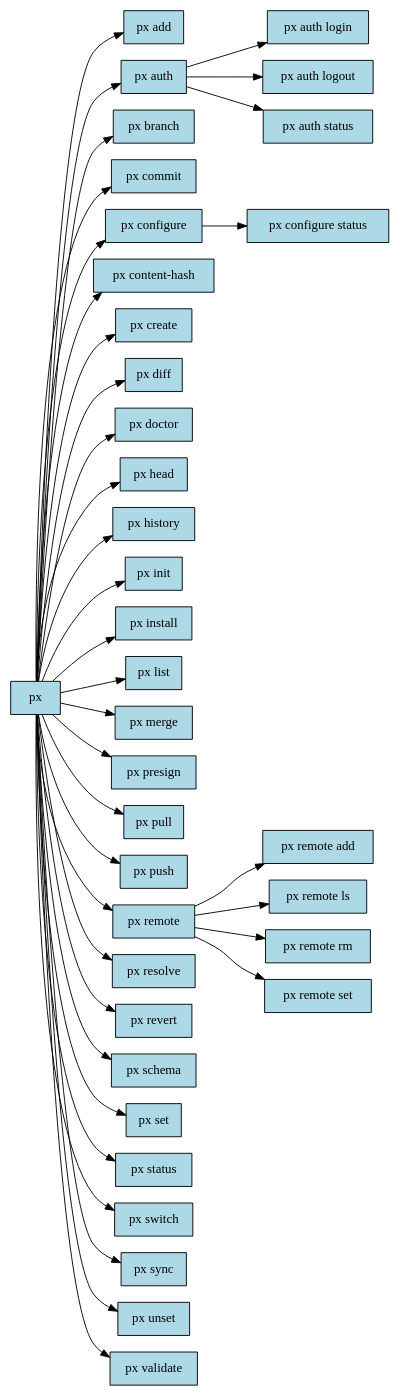
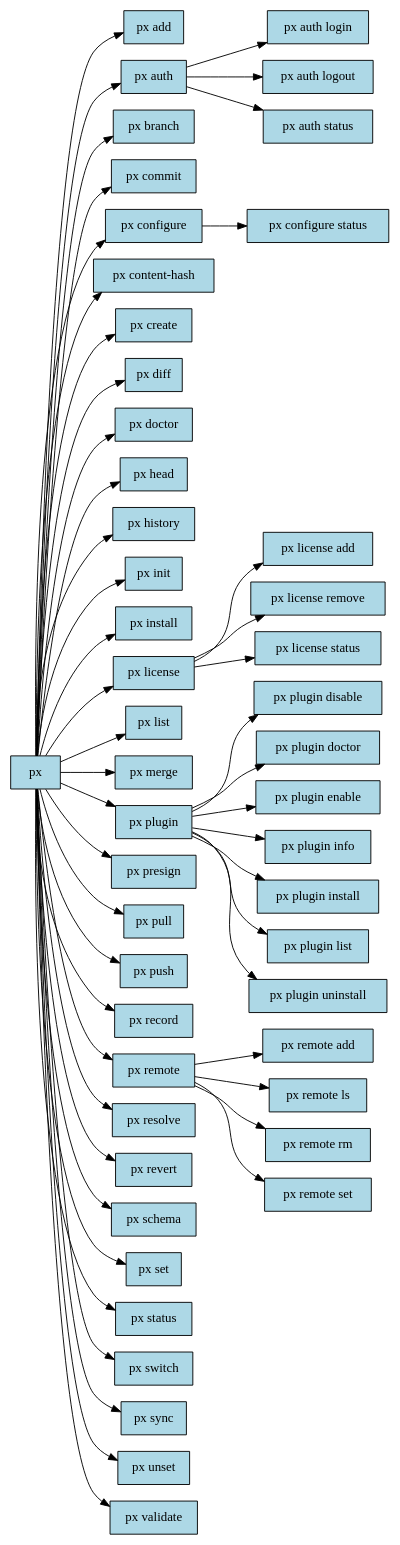
One commit to portalshq/px changed the diagram in docs/generated/commands.dot. Above: the diagram before and after it, drawn with Graphviz. The commit also changed 122 other files, not shown here.

```diff
--- a/docs/generated/commands.dot
+++ b/docs/generated/commands.dot
@@ -1,77 +1,103 @@
 digraph px_commands {
     rankdir=LR;
     node [shape=box, style=filled, fillcolor=lightblue];
     
     "add" [label="px add"];
     "px" -> "add";
     "auth" [label="px auth"];
     "px" -> "auth";
     "auth_login" [label="px auth login"];
     "auth" -> "auth_login";
     "auth_logout" [label="px auth logout"];
     "auth" -> "auth_logout";
     "auth_status" [label="px auth status"];
     "auth" -> "auth_status";
     "branch" [label="px branch"];
     "px" -> "branch";
     "commit" [label="px commit"];
     "px" -> "commit";
     "configure" [label="px configure"];
     "px" -> "configure";
     "configure_status" [label="px configure status"];
     "configure" -> "configure_status";
     "content-hash" [label="px content-hash"];
     "px" -> "content-hash";
     "create" [label="px create"];
     "px" -> "create";
     "diff" [label="px diff"];
     "px" -> "diff";
     "doctor" [label="px doctor"];
     "px" -> "doctor";
     "head" [label="px head"];
     "px" -> "head";
     "history" [label="px history"];
     "px" -> "history";
     "init" [label="px init"];
     "px" -> "init";
     "install" [label="px install"];
     "px" -> "install";
+    "license" [label="px license"];
+    "px" -> "license";
+    "license_add" [label="px license add"];
+    "license" -> "license_add";
+    "license_remove" [label="px license remove"];
+    "license" -> "license_remove";
+    "license_status" [label="px license status"];
+    "license" -> "license_status";
     "list" [label="px list"];
     "px" -> "list";
     "merge" [label="px merge"];
     "px" -> "merge";
+    "plugin" [label="px plugin"];
+    "px" -> "plugin";
+    "plugin_disable" [label="px plugin disable"];
+    "plugin" -> "plugin_disable";
+    "plugin_doctor" [label="px plugin doctor"];
+    "plugin" -> "plugin_doctor";
+    "plugin_enable" [label="px plugin enable"];
+    "plugin" -> "plugin_enable";
+    "plugin_info" [label="px plugin info"];
+    "plugin" -> "plugin_info";
+    "plugin_install" [label="px plugin install"];
+    "plugin" -> "plugin_install";
+    "plugin_list" [label="px plugin list"];
+    "plugin" -> "plugin_list";
+    "plugin_uninstall" [label="px plugin uninstall"];
+    "plugin" -> "plugin_uninstall";
     "presign" [label="px presign"];
     "px" -> "presign";
     "pull" [label="px pull"];
     "px" -> "pull";
     "push" [label="px push"];
     "px" -> "push";
+    "record" [label="px record"];
+    "px" -> "record";
     "remote" [label="px remote"];
     "px" -> "remote";
     "remote_add" [label="px remote add"];
     "remote" -> "remote_add";
     "remote_ls" [label="px remote ls"];
     "remote" -> "remote_ls";
     "remote_rm" [label="px remote rm"];
     "remote" -> "remote_rm";
     "remote_set" [label="px remote set"];
     "remote" -> "remote_set";
     "resolve" [label="px resolve"];
     "px" -> "resolve";
     "revert" [label="px revert"];
     "px" -> "revert";
     "schema" [label="px schema"];
     "px" -> "schema";
     "set" [label="px set"];
     "px" -> "set";
     "status" [label="px status"];
     "px" -> "status";
     "switch" [label="px switch"];
     "px" -> "switch";
     "sync" [label="px sync"];
     "px" -> "sync";
     "unset" [label="px unset"];
     "px" -> "unset";
     "validate" [label="px validate"];
     "px" -> "validate";
 }
```
